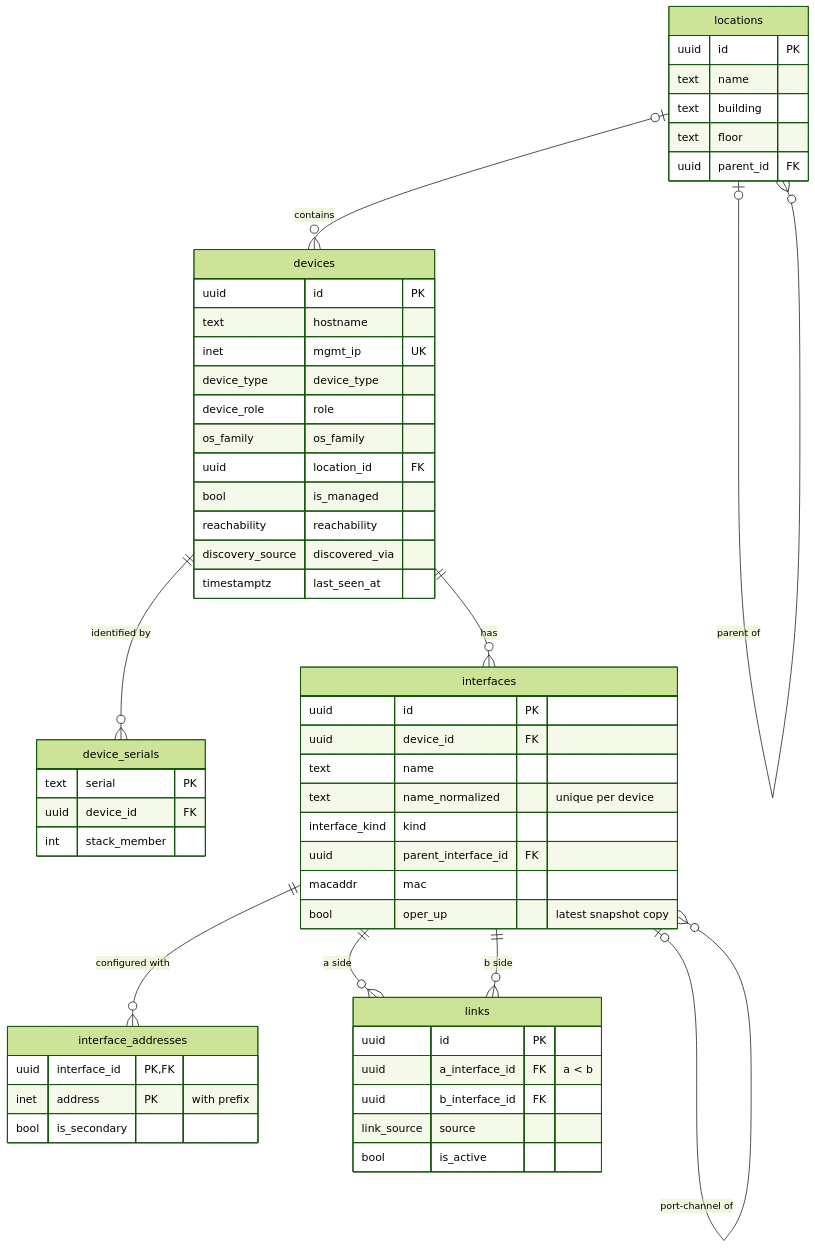
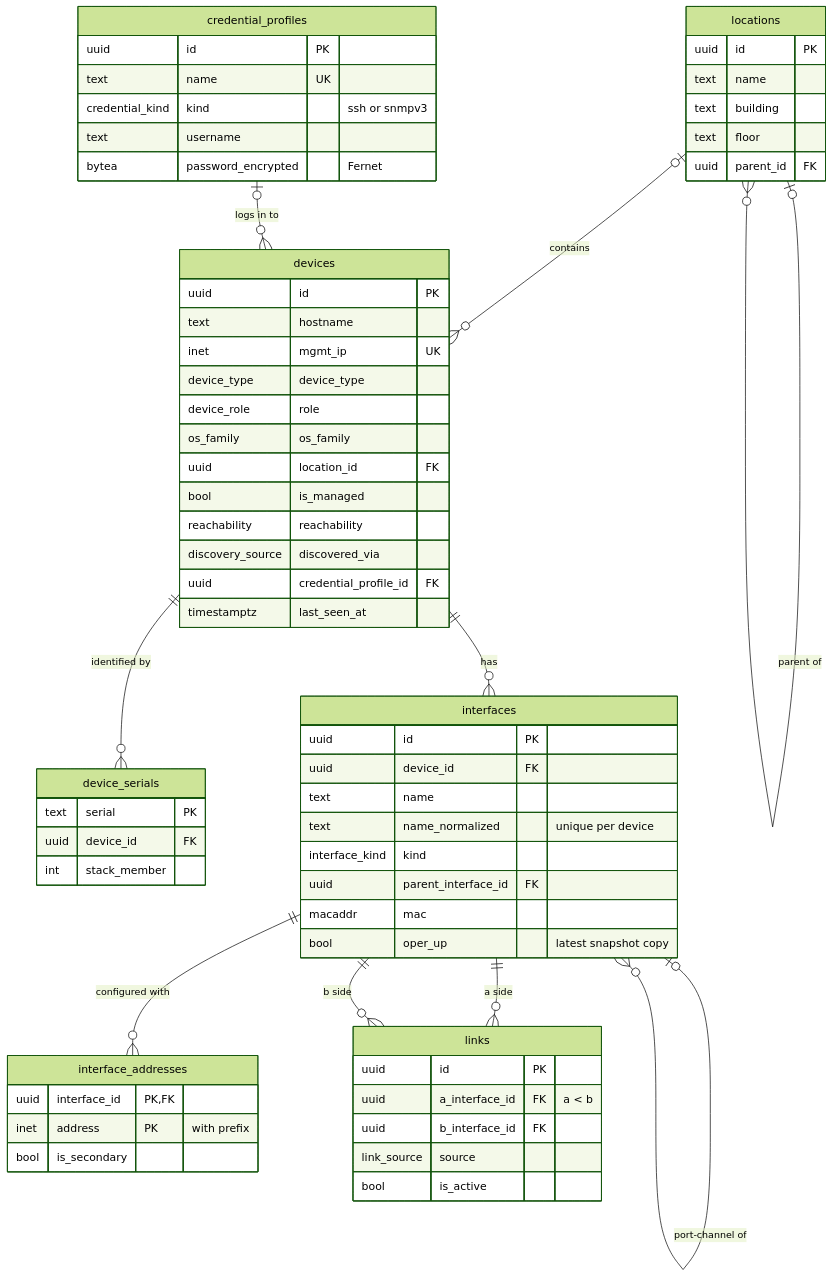
Before and after one commit to ramazannsayann/network-operations-platform: the first of 3 diagrams in docs/data-model.md, drawn with Mermaid (forest theme). The commit also changed other lines of this file and 128 other files, not shown here.

````diff
--- a/docs/data-model.md
+++ b/docs/data-model.md
@@ -16,59 +16,68 @@
 ```mermaid
 erDiagram
     locations |o--o{ locations : "parent of"
     locations |o--o{ devices : "contains"
     devices ||--o{ device_serials : "identified by"
+    credential_profiles |o--o{ devices : "logs in to"
     devices ||--o{ interfaces : "has"
     interfaces |o--o{ interfaces : "port-channel of"
     interfaces ||--o{ interface_addresses : "configured with"
     interfaces ||--o{ links : "a side"
     interfaces ||--o{ links : "b side"
 
     locations {
         uuid id PK
         text name
         text building
         text floor
         uuid parent_id FK
     }
     devices {
         uuid id PK
         text hostname
         inet mgmt_ip UK
         device_type device_type
         device_role role
         os_family os_family
         uuid location_id FK
         bool is_managed
         reachability reachability
         discovery_source discovered_via
+        uuid credential_profile_id FK
         timestamptz last_seen_at
+    }
+    credential_profiles {
+        uuid id PK
+        text name UK
+        credential_kind kind "ssh or snmpv3"
+        text username
+        bytea password_encrypted "Fernet"
     }
     device_serials {
         text serial PK
         uuid device_id FK
         int stack_member
     }
     interfaces {
         uuid id PK
         uuid device_id FK
         text name
         text name_normalized "unique per device"
         interface_kind kind
         uuid parent_interface_id FK
         macaddr mac
         bool oper_up "latest snapshot copy"
     }
     interface_addresses {
         uuid interface_id PK, FK
         inet address PK "with prefix"
         bool is_secondary
     }
     links {
         uuid id PK
         uuid a_interface_id FK "a < b"
         uuid b_interface_id FK
         link_source source
         bool is_active
     }
 ```
````
